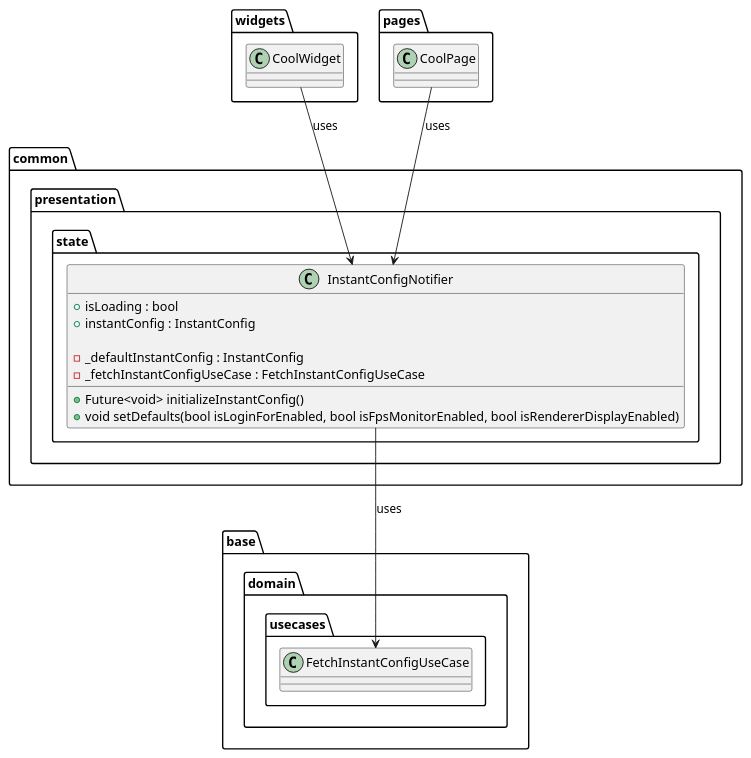
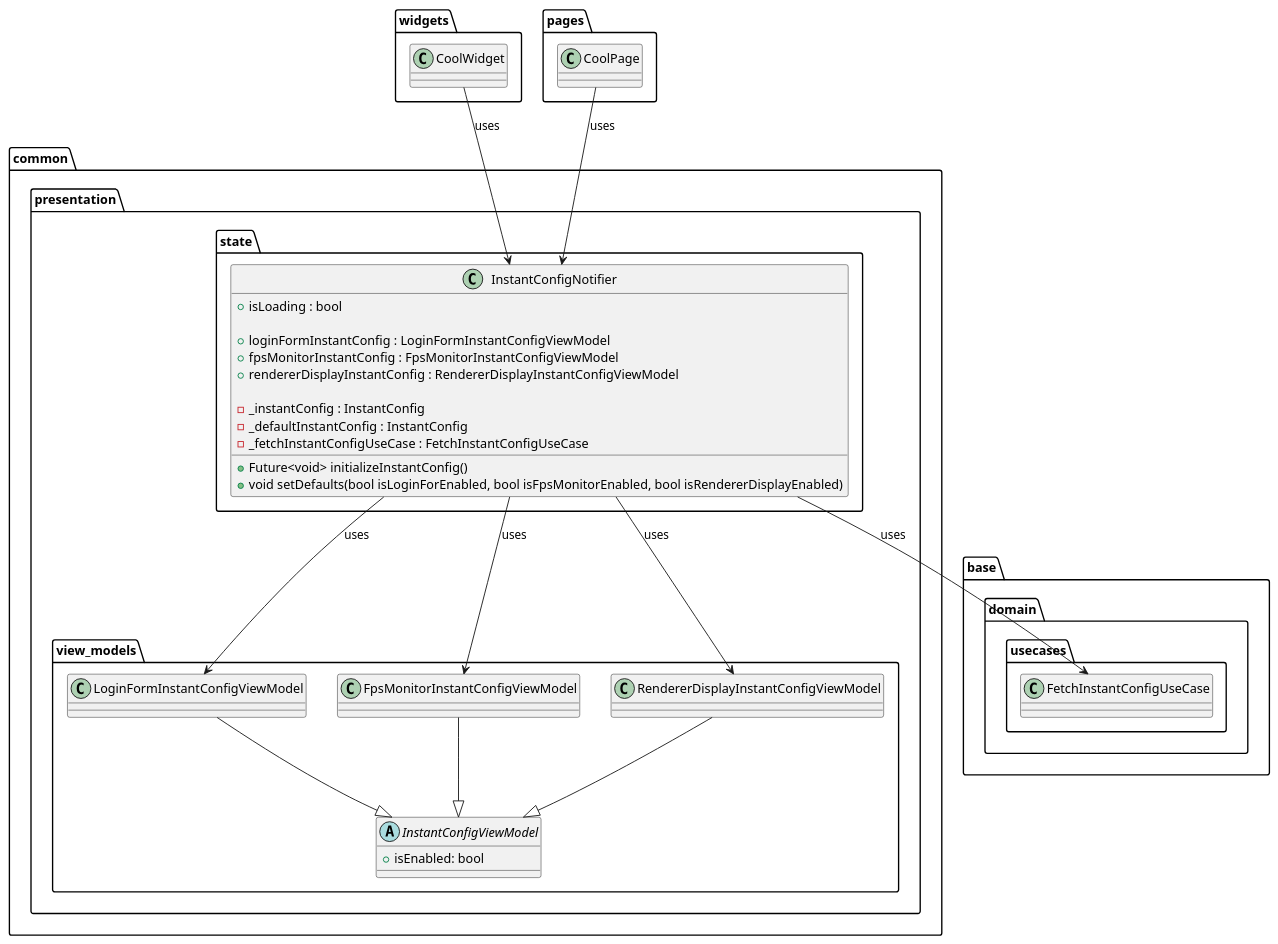
Before and after one commit to Flank/flank-dashboard: the diagram in metrics/web/docs/features/instant_config/diagrams/instant_config_presentation_layer_class_diagram.puml, drawn with PlantUML. The commit also changed 1 other file, not shown here.

Commit message:
Add view_models, add methods descriptions

```diff
--- a/metrics/web/docs/features/instant_config/diagrams/instant_config_presentation_layer_class_diagram.puml
+++ b/metrics/web/docs/features/instant_config/diagrams/instant_config_presentation_layer_class_diagram.puml
@@ -1,34 +1,61 @@
 @startuml instant_config_presentation_layer_class_diagram
 
 package base.domain.usecases {
     class FetchInstantConfigUseCase {}
 }
 
-package common.presentation.state {
-    class InstantConfigNotifier {
-        + isLoading : bool
-        + instantConfig : InstantConfig
+package common.presentation {
 
-        - _defaultInstantConfig : InstantConfig
-        - _fetchInstantConfigUseCase : FetchInstantConfigUseCase
+    package state {
+        class InstantConfigNotifier {
+            + isLoading : bool
 
-        + Future<void> initializeInstantConfig()
-        + void setDefaults(bool isLoginForEnabled, bool isFpsMonitorEnabled, bool isRendererDisplayEnabled)
+            + loginFormInstantConfig : LoginFormInstantConfigViewModel
+            + fpsMonitorInstantConfig : FpsMonitorInstantConfigViewModel
+            + rendererDisplayInstantConfig : RendererDisplayInstantConfigViewModel
+
+            - _instantConfig : InstantConfig
+            - _defaultInstantConfig : InstantConfig
+            - _fetchInstantConfigUseCase : FetchInstantConfigUseCase
+
+            + Future<void> initializeInstantConfig()
+            + void setDefaults(bool isLoginForEnabled, bool isFpsMonitorEnabled, bool isRendererDisplayEnabled)
+        }
+    }
+
+    package view_models {
+        abstract class InstantConfigViewModel {
+            + isEnabled: bool
+        }
+
+        class LoginFormInstantConfigViewModel {}
+
+        class FpsMonitorInstantConfigViewModel {}
+
+        class RendererDisplayInstantConfigViewModel {}
     }
 }
 
 package widgets {
     class CoolWidget {}
 }
 
 package pages {
     class CoolPage {}
 }
 
 CoolWidget --> InstantConfigNotifier : uses
 
 CoolPage --> InstantConfigNotifier : uses
 
 InstantConfigNotifier --> FetchInstantConfigUseCase : uses
 
+InstantConfigNotifier --> LoginFormInstantConfigViewModel : uses
+InstantConfigNotifier --> FpsMonitorInstantConfigViewModel : uses
+InstantConfigNotifier --> RendererDisplayInstantConfigViewModel : uses
+
+LoginFormInstantConfigViewModel --|> InstantConfigViewModel
+FpsMonitorInstantConfigViewModel --|> InstantConfigViewModel
+RendererDisplayInstantConfigViewModel --|> InstantConfigViewModel
+
 @enduml
```
